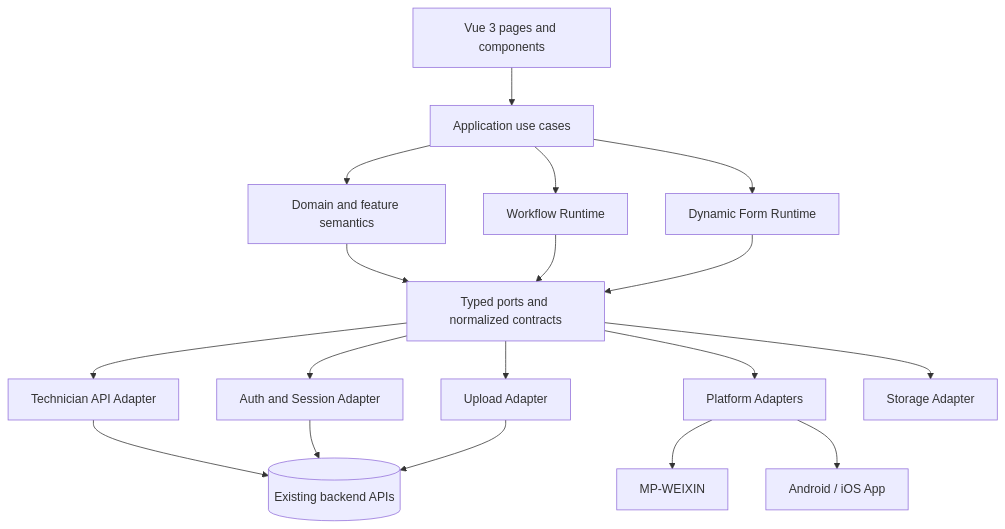
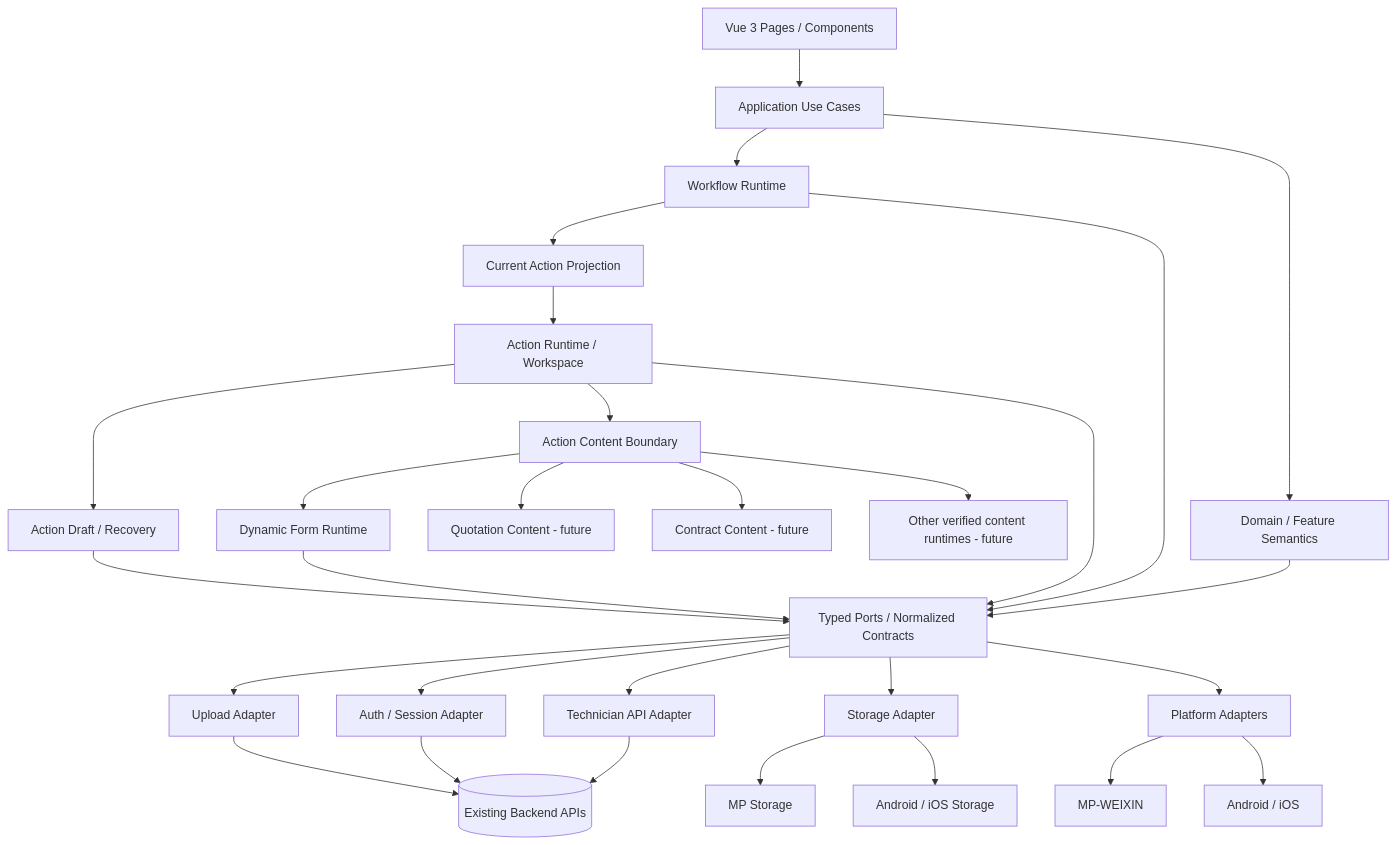
The diagram in docs/architecture/TARGET_ARCHITECTURE.md (xlink-bj/xlink-technician-app), drawn with Mermaid before and after one commit. The commit also changed other lines of this file, not shown here.

Commit message:
docs: evolve target architecture for action workspace

````diff
--- a/docs/architecture/TARGET_ARCHITECTURE.md
+++ b/docs/architecture/TARGET_ARCHITECTURE.md
@@ -98,20 +129,39 @@
 ```mermaid
 flowchart TD
-    UI[Vue 3 pages and components] --> APP[Application use cases]
-    APP --> DOM[Domain and feature semantics]
+    UI[Vue 3 Pages / Components] --> APP[Application Use Cases]
+
+    APP --> DOMAIN[Domain / Feature Semantics]
     APP --> WF[Workflow Runtime]
-    APP --> FORM[Dynamic Form Runtime]
-    DOM --> PORTS[Typed ports and normalized contracts]
+
+    WF --> ACTIONPROJ[Current Action Projection]
+    ACTIONPROJ --> ACTION[Action Runtime / Workspace]
+
+    ACTION --> CONTENT[Action Content Boundary]
+    CONTENT --> FORM[Dynamic Form Runtime]
+    CONTENT --> QUOTE[Quotation Content - future]
+    CONTENT --> CONTRACT[Contract Content - future]
+    CONTENT --> OTHER[Other verified content runtimes - future]
+
+    ACTION --> DRAFT[Action Draft / Recovery]
+
+    DOMAIN --> PORTS[Typed Ports / Normalized Contracts]
     WF --> PORTS
+    ACTION --> PORTS
     FORM --> PORTS
+    DRAFT --> PORTS
+
     PORTS --> API[Technician API Adapter]
-    PORTS --> AUTH[Auth and Session Adapter]
+    PORTS --> AUTH[Auth / Session Adapter]
+    PORTS --> STORAGE[Storage Adapter]
     PORTS --> UPLOAD[Upload Adapter]
     PORTS --> PLATFORM[Platform Adapters]
-    PORTS --> STORE[Storage Adapter]
-    API --> BACKEND[(Existing backend APIs)]
+
+    API --> BACKEND[(Existing Backend APIs)]
     AUTH --> BACKEND
     UPLOAD --> BACKEND
+
+    STORAGE --> MPSTORE[MP Storage]
+    STORAGE --> APPSTORE[Android / iOS Storage]
     PLATFORM --> MP[MP-WEIXIN]
-    PLATFORM --> APPPLUS[Android / iOS App]
+    PLATFORM --> APPPLUS[Android / iOS]
 ```
````
